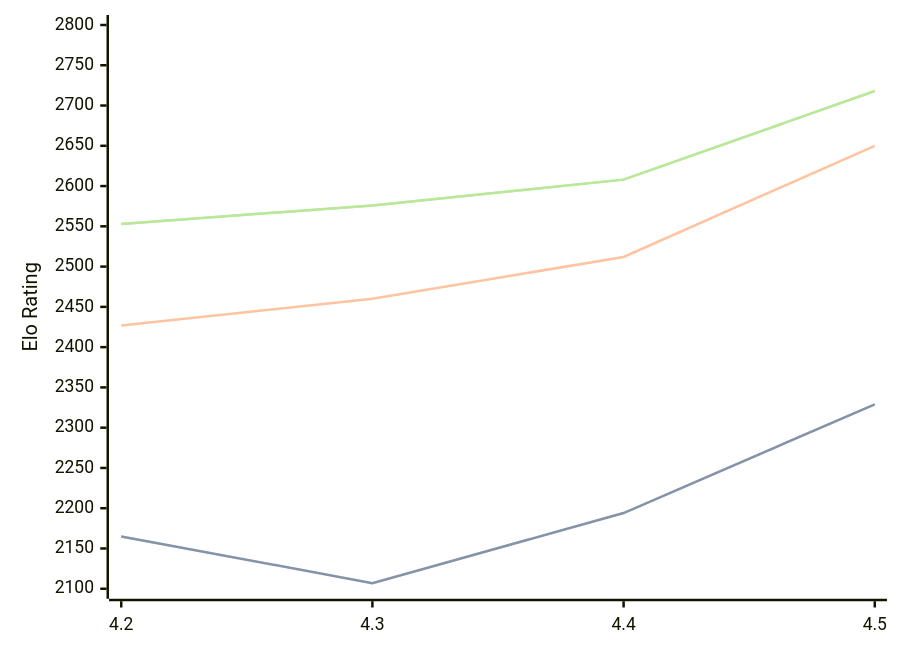
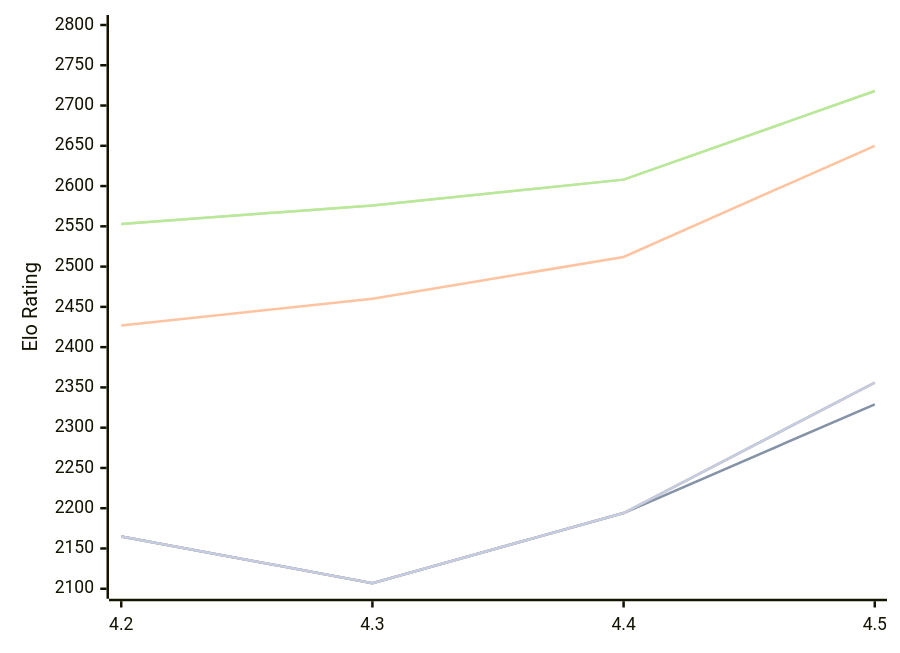
The diagram in engines/Eubos.md (computer-chess-index/cci), drawn with Mermaid before and after one commit. The commit also changed other lines of this file, not shown here.

Commit message:
Update CCI Ratings (ELO VLTC) - 2026-10-11

````diff
--- a/engines/Eubos.md
+++ b/engines/Eubos.md
@@ -50,16 +50,13 @@
 ```mermaid
 %%{init: {"theme":"base","themeVariables":{"seriesColors:['#a3a3a3','#222221','#faa371']}}}%%
 xychart-beta
   x-axis ["4.2", "4.3", "4.4", "4.5"]
   y-axis "Elo Rating" 2100 --> 2800
   line "" [2165, 2107, 2194, 2329]
   line "T1: STC (8.0+0.08s)" [2165, 2107, 2194, 2329]
   line "T1: LTC (60.0+0.60s)" [2427, 2460, 2512, 2650]
   line "" [2553, 2576, 2608, 2718]
   line "T1: VLTC (2m24s+1.12s)" [2553, 2576, 2608, 2718]
-  line "" [2336]
-  line "E1: STC (8.0+0.08s)" [2336]
-  line "E1: LTC (60.0+0.60s)" [2561]
-  line "" [2687]
-  line "E1: VLTC (2m24s+1.12s)" [2687]
+  line "" [2165, 2107, 2194,2356]
+  line "E1: STC (8.0+0.08s)" [2165, 2107, 2194,2356]
 ```
````
